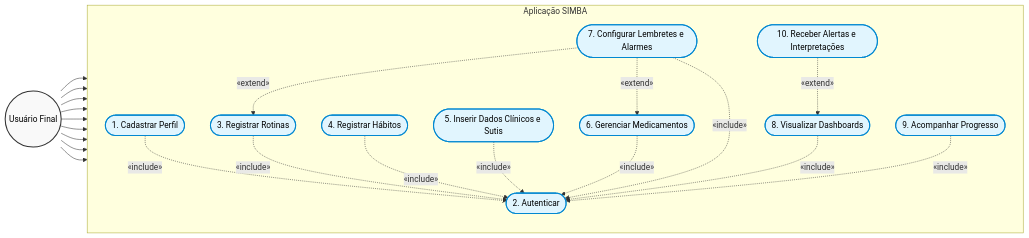
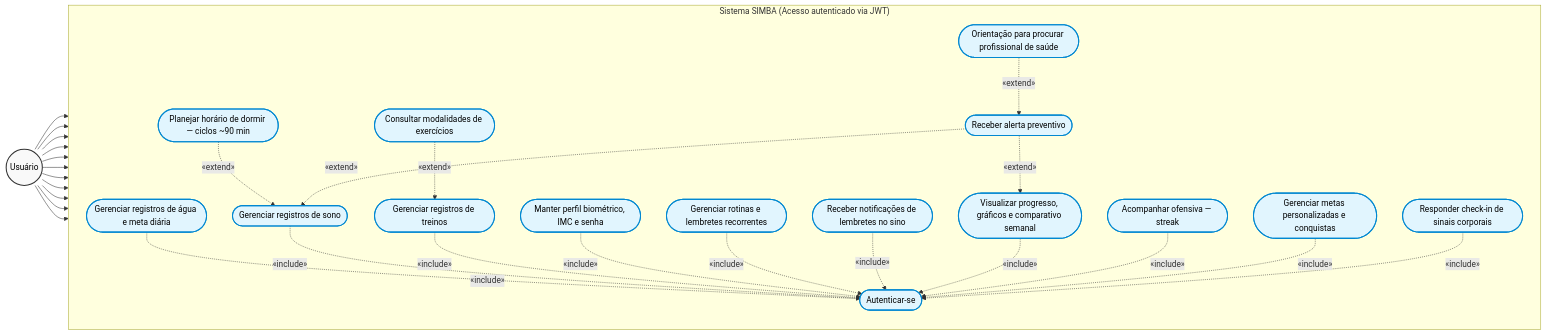
Before and after one commit to JoaoManoelSilvaMorais/Sistema-Integrado-de-Monitoramento-do-Bem-estar-SIMBA-: the first of 2 diagrams in README.md, drawn with Mermaid. The commit also changed other lines of this file and 1 other file, not shown here.

````diff
--- a/README.md
+++ b/README.md
@@ -38,51 +205,57 @@
 ```mermaid
 flowchart LR
-    %% Definição de Estilos
     classDef actorStyle fill:#f9f9f9,stroke:#333,stroke-width:2px,color:#000;
     classDef usecaseStyle fill:#e1f5fe,stroke:#0288d1,stroke-width:2px,color:#000;
 
-    %% Atores
-    User((Usuário Final)):::actorStyle
+    User((Usuário)):::actorStyle
 
-    %% Sistema SIMBA
-    subgraph SIMBA [Aplicação SIMBA]
+    subgraph SIMBA["Sistema SIMBA (Acesso autenticado via JWT)"]
         direction TB
-        
-        UC1([1. Cadastrar Perfil]):::usecaseStyle
-        UC2([2. Autenticar]):::usecaseStyle
-        UC3([3. Registrar Rotinas]):::usecaseStyle
-        UC4([4. Registrar Hábitos]):::usecaseStyle
-        UC5([5. Inserir Dados Clínicos e Sutis]):::usecaseStyle
-        UC6([6. Gerenciar Medicamentos]):::usecaseStyle
-        UC7([7. Configurar Lembretes e Alarmes]):::usecaseStyle
-        UC8([8. Visualizar Dashboards]):::usecaseStyle
-        UC9([9. Acompanhar Progresso]):::usecaseStyle
-        UC10([10. Receber Alertas e Interpretações]):::usecaseStyle
+
+        UC_Auth(["Autenticar-se"]):::usecaseStyle
+
+        UC_Agua(["Gerenciar registros de água e meta diária"]):::usecaseStyle
+        UC_Sono(["Gerenciar registros de sono"]):::usecaseStyle
+        UC_SonoPlan(["Planejar horário de dormir — ciclos ~90 min"]):::usecaseStyle
+        UC_Treino(["Gerenciar registros de treinos"]):::usecaseStyle
+        UC_Catalogo(["Consultar modalidades de exercícios"]):::usecaseStyle
+        UC_Perfil(["Manter perfil biométrico, IMC e senha"]):::usecaseStyle
+        UC_Rotina(["Gerenciar rotinas e lembretes recorrentes"]):::usecaseStyle
+        UC_Lembrete(["Receber notificações de lembretes no sino"]):::usecaseStyle
+        UC_Progresso(["Visualizar progresso, gráficos e comparativo semanal"]):::usecaseStyle
+        UC_Streak(["Acompanhar ofensiva — streak"]):::usecaseStyle
+        UC_Metas(["Gerenciar metas personalizadas e conquistas"]):::usecaseStyle
+        UC_Sintomas(["Responder check-in de sinais corporais"]):::usecaseStyle
+        UC_Alerta(["Receber alerta preventivo"]):::usecaseStyle
+        UC_Profissional(["Orientação para procurar profissional de saúde"]):::usecaseStyle
     end
 
-    %% Relacionamentos Principais do Usuário Final
-    User --> UC1
-    User --> UC2
-    User --> UC3
-    User --> UC4
-    User --> UC5
-    User --> UC6
-    User --> UC7
-    User --> UC8
-    User --> UC9
+    User --> UC_Auth
+    User --> UC_Agua
+    User --> UC_Sono
+    User --> UC_Treino
+    User --> UC_Perfil
+    User --> UC_Rotina
+    User --> UC_Lembrete
+    User --> UC_Progresso
+    User --> UC_Streak
+    User --> UC_Metas
+    User --> UC_Sintomas
 
-    %% Relacionamentos <> (Existem Fluxos para Autenticar)
-    UC1 -.->|«include»| UC2
-    UC3 -.->|«include»| UC2
-    UC4 -.->|«include»| UC2
-    UC5 -.->|«include»| UC2
-    UC6 -.->|«include»| UC2
-    UC7 -.->|«include»| UC2
-    UC8 -.->|«include»| UC2
-    UC9 -.->|«include»| UC2
+    UC_Agua -.->|"«include»"| UC_Auth
+    UC_Sono -.->|"«include»"| UC_Auth
+    UC_Treino -.->|"«include»"| UC_Auth
+    UC_Perfil -.->|"«include»"| UC_Auth
+    UC_Rotina -.->|"«include»"| UC_Auth
+    UC_Lembrete -.->|"«include»"| UC_Auth
+    UC_Progresso -.->|"«include»"| UC_Auth
+    UC_Streak -.->|"«include»"| UC_Auth
+    UC_Metas -.->|"«include»"| UC_Auth
+    UC_Sintomas -.->|"«include»"| UC_Auth
 
-    %% Relacionamentos <> (Ações Opcionais)
-    UC7 -.->|«extend»| UC6
-    UC7 -.->|«extend»| UC3
-    UC10 -.->|«extend»| UC8
+    UC_SonoPlan -.->|"«extend»"| UC_Sono
+    UC_Catalogo -.->|"«extend»"| UC_Treino
+    UC_Alerta -.->|"«extend»"| UC_Progresso
+    UC_Alerta -.->|"«extend»"| UC_Sono
+    UC_Profissional -.->|"«extend»"| UC_Alerta
 ```
````
